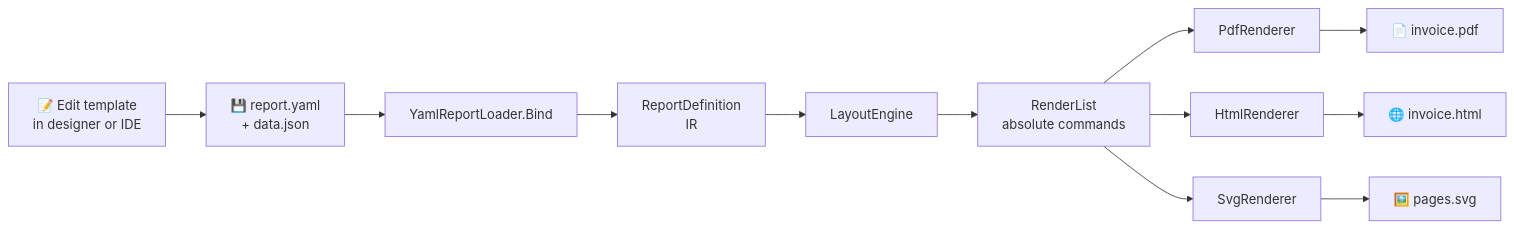
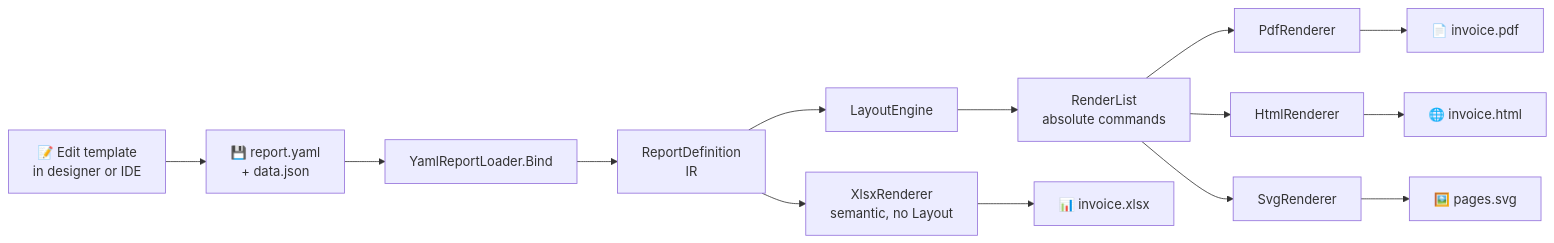
The first of 2 diagrams in README.md (mchinchilla/NetReporter), drawn with Mermaid before and after one commit. The commit also changed other lines of this file and 1 other file, not shown here.

Commit message:
Update README files to include XLSX support: enhance documentation by adding details on XLSX export capabilities, updating test counts, and modifying export options in the visual designer section.

````diff
--- a/README.md
+++ b/README.md
@@ -125,14 +129,16 @@
 ```mermaid
 flowchart LR
     A[📝 Edit template<br/>in designer or IDE] --> B[💾 report.yaml<br/>+ data.json]
     B --> C[YamlReportLoader.Bind]
     C --> D[ReportDefinition<br/>IR]
     D --> E[LayoutEngine]
     E --> F[RenderList<br/>absolute commands]
     F --> G1[PdfRenderer]
     F --> G2[HtmlRenderer]
     F --> G3[SvgRenderer]
+    D --> G4[XlsxRenderer<br/>semantic, no Layout]
     G1 --> H1[📄 invoice.pdf]
     G2 --> H2[🌐 invoice.html]
     G3 --> H3[🖼️ pages.svg]
+    G4 --> H4[📊 invoice.xlsx]
 ```
````
